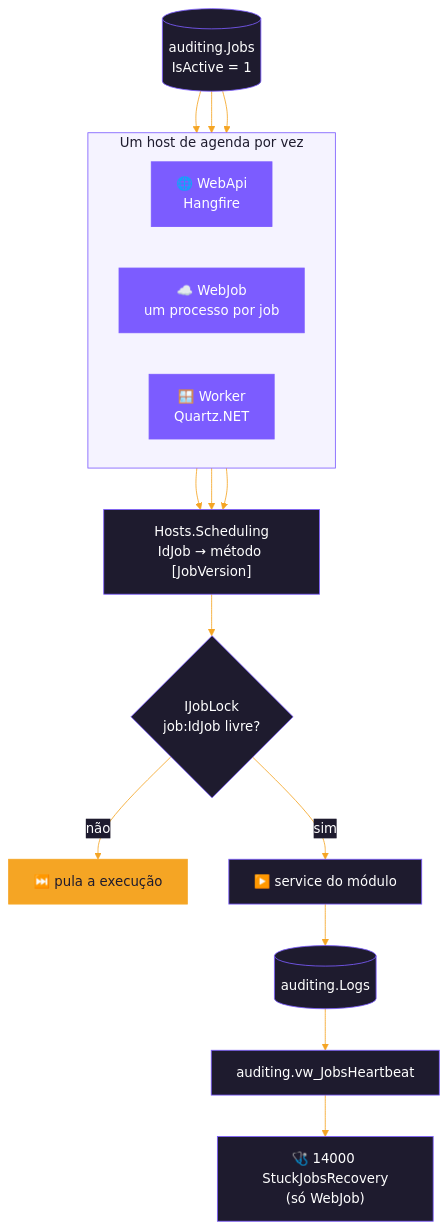
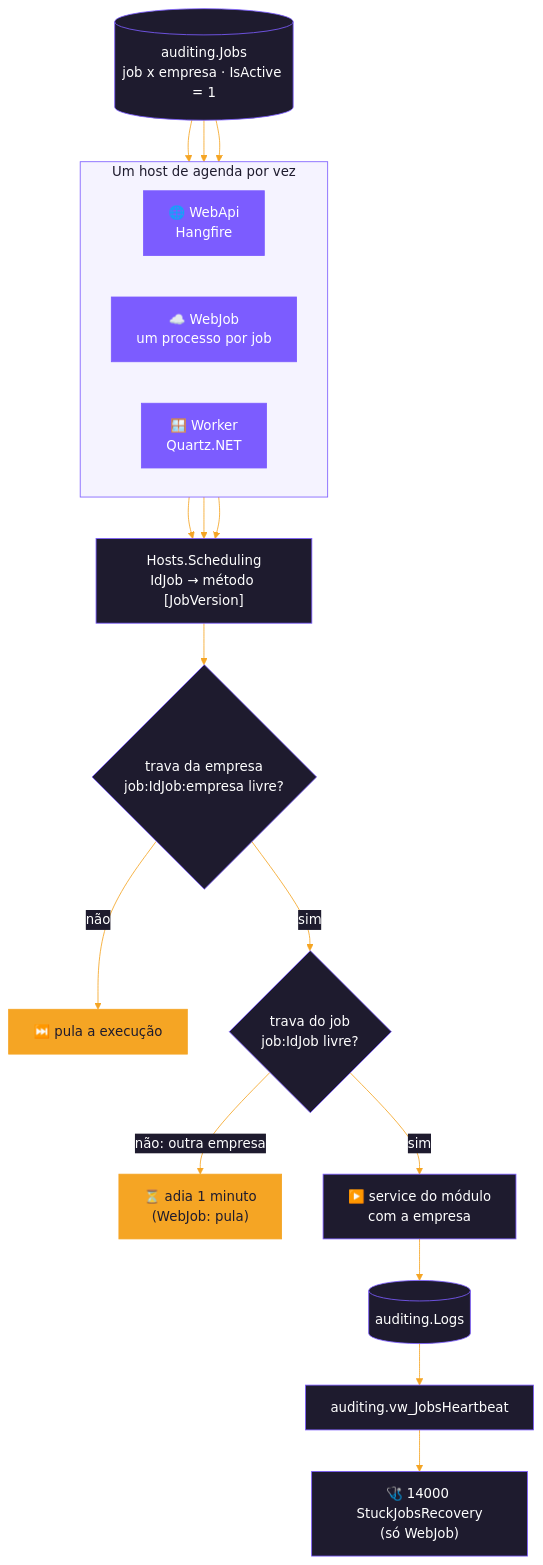
The eighth of 11 diagrams in README.md (cayo-kume/extract-transform-load-integrations-system), drawn with Mermaid before and after one commit. The commit also changed other lines of this file and 17 other files, not shown here.

````diff
--- a/README.md
+++ b/README.md
@@ -304,26 +395,28 @@
 ```mermaid
 %%{init: {'theme':'base','themeVariables':{'primaryColor':'#1e1b2e','primaryTextColor':'#ffffff','primaryBorderColor':'#7c5cff','lineColor':'#f5a524','textColor':'#1e1b2e','clusterBkg':'#f5f3ff','clusterBorder':'#7c5cff','titleColor':'#1e1b2e','edgeLabelBackground':'#1e1b2e'}}}%%
 flowchart TB
-    JOBS[("auditing.Jobs<br/>IsActive = 1")]
+    JOBS[("auditing.Jobs<br/>job x empresa · IsActive = 1")]
 
     subgraph UM["Um host de agenda por vez"]
         direction LR
         HF["🌐 WebApi<br/>Hangfire"]
         WJ["☁️ WebJob<br/>um processo por job"]
         WK["🪟 Worker<br/>Quartz.NET"]
     end
 
     JOBS --> HF & WJ & WK
     HF & WJ & WK --> MAP["Hosts.Scheduling<br/>IdJob → método [JobVersion]"]
-    MAP --> LOCK{"IJobLock<br/>job:IdJob livre?"}
-    LOCK -- não --> SKIP["⏭️ pula a execução"]
-    LOCK -- sim --> RUN["▶️ service do módulo"]
+    MAP --> LOCKE{"trava da empresa<br/>job:IdJob:empresa livre?"}
+    LOCKE -- não --> SKIP["⏭️ pula a execução"]
+    LOCKE -- sim --> LOCKJ{"trava do job<br/>job:IdJob livre?"}
+    LOCKJ -- "não: outra empresa" --> ADIA["⏳ adia 1 minuto<br/>(WebJob: pula)"]
+    LOCKJ -- sim --> RUN["▶️ service do módulo<br/>com a empresa"]
     RUN --> LOGS[("auditing.Logs")]
     LOGS --> HB["auditing.vw_JobsHeartbeat"]
     HB --> REC["🩺 14000 StuckJobsRecovery<br/>(só WebJob)"]
 
     classDef accent fill:#7c5cff,stroke:#7c5cff,color:#ffffff
     classDef warm fill:#f5a524,stroke:#f5a524,color:#1e1b2e
     class HF,WJ,WK accent
-    class SKIP warm
+    class SKIP,ADIA warm
 ```
````
